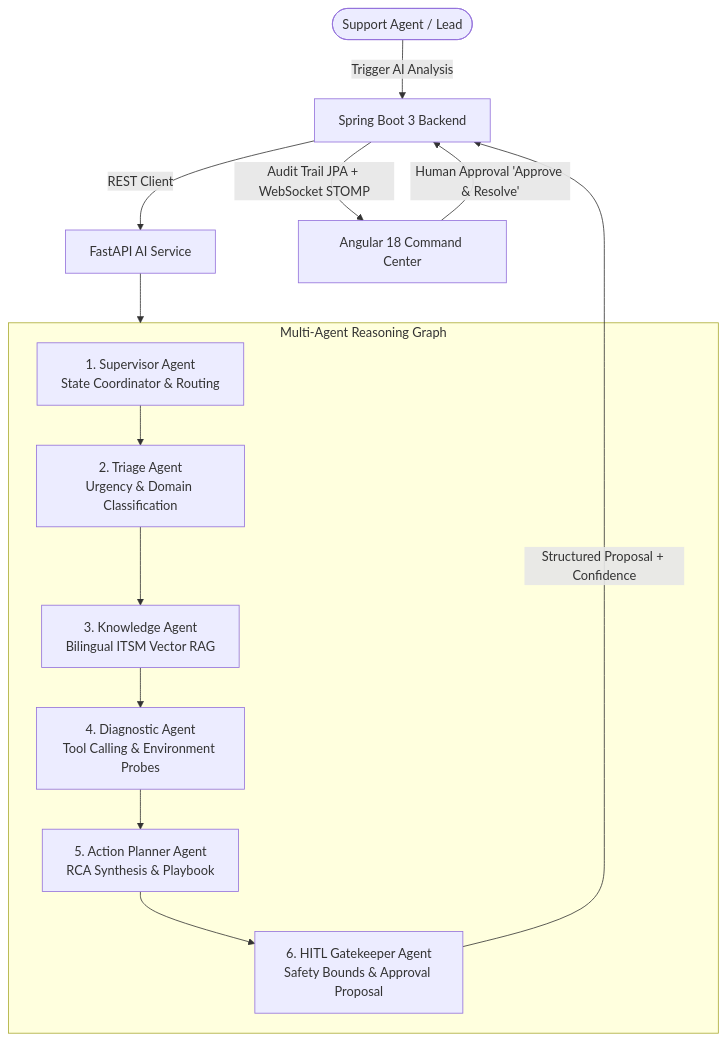
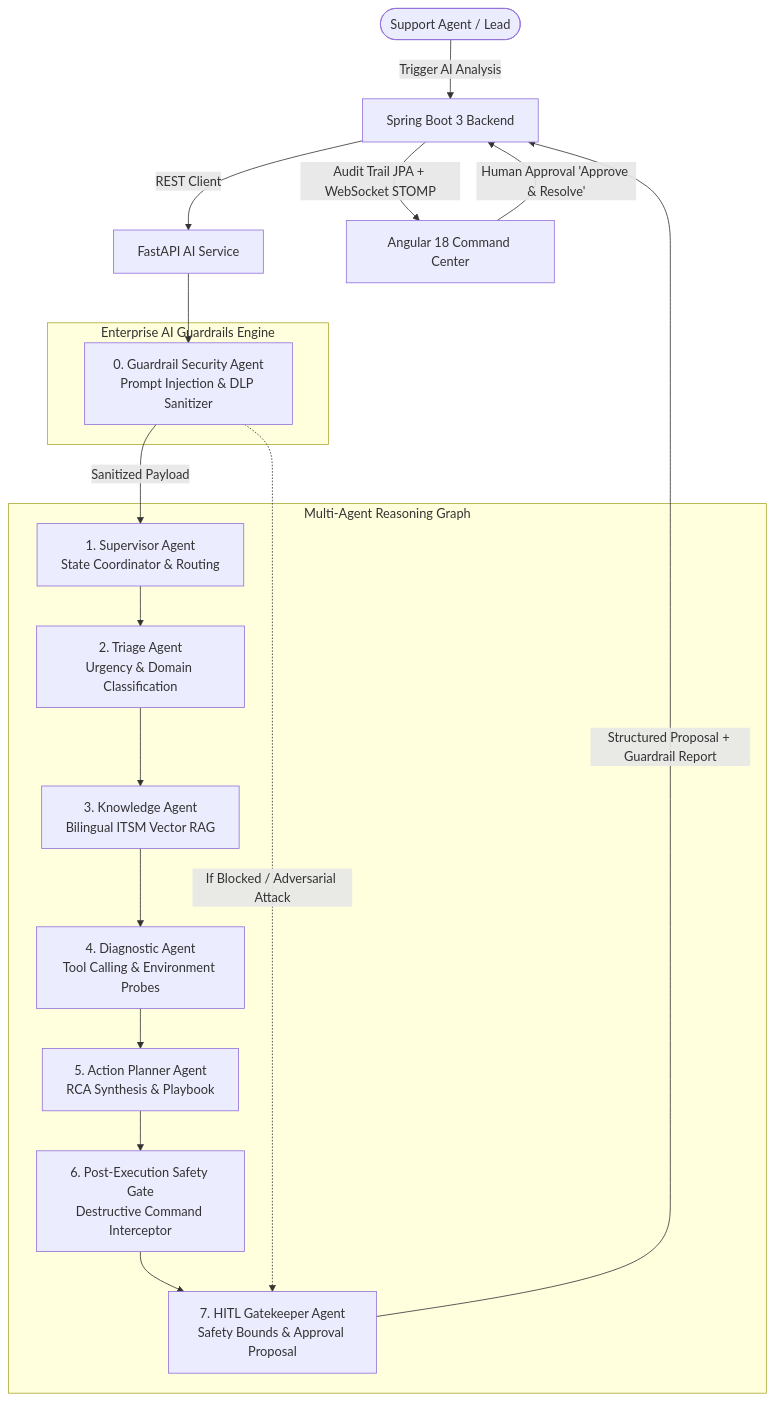
Before and after one commit to Bariqa1/ServiceDesk: the diagram in README.md, drawn with Mermaid. The commit also changed other lines of this file and 13 other files, not shown here.

Commit message:
feat: implement enterprise ai guardrails and safety boundary engine

````diff
--- a/README.md
+++ b/README.md
@@ -20,25 +21,33 @@
 ```mermaid
 graph TD
     User([Support Agent / Lead]) -->|Trigger AI Analysis| SpringBoot[Spring Boot 3 Backend]
     SpringBoot -->|REST Client| FastAPI[FastAPI AI Service]
     
+    subgraph GuardrailsShield [Enterprise AI Guardrails Engine]
+        GuardrailPre[0. Guardrail Security Agent<br/>Prompt Injection & DLP Sanitizer]
+    end
+
     subgraph MultiAgent [Multi-Agent Reasoning Graph]
         Supervisor[1. Supervisor Agent<br/>State Coordinator & Routing]
         Triage[2. Triage Agent<br/>Urgency & Domain Classification]
         Knowledge[3. Knowledge Agent<br/>Bilingual ITSM Vector RAG]
         Diagnostic[4. Diagnostic Agent<br/>Tool Calling & Environment Probes]
         Planner[5. Action Planner Agent<br/>RCA Synthesis & Playbook]
-        HITL[6. HITL Gatekeeper Agent<br/>Safety Bounds & Approval Proposal]
+        GuardrailPost[6. Post-Execution Safety Gate<br/>Destructive Command Interceptor]
+        HITL[7. HITL Gatekeeper Agent<br/>Safety Bounds & Approval Proposal]
         
         Supervisor --> Triage
         Triage --> Knowledge
         Knowledge --> Diagnostic
         Diagnostic --> Planner
-        Planner --> HITL
+        Planner --> GuardrailPost
+        GuardrailPost --> HITL
     end
     
-    FastAPI --> MultiAgent
-    HITL -->|Structured Proposal + Confidence| SpringBoot
+    FastAPI --> GuardrailPre
+    GuardrailPre -->|Sanitized Payload| Supervisor
+    GuardrailPre -.->|If Blocked / Adversarial Attack| HITL
+    HITL -->|Structured Proposal + Guardrail Report| SpringBoot
     SpringBoot -->|Audit Trail JPA + WebSocket STOMP| Angular[Angular 18 Command Center]
     Angular -->|Human Approval 'Approve & Resolve'| SpringBoot
 ```
````
